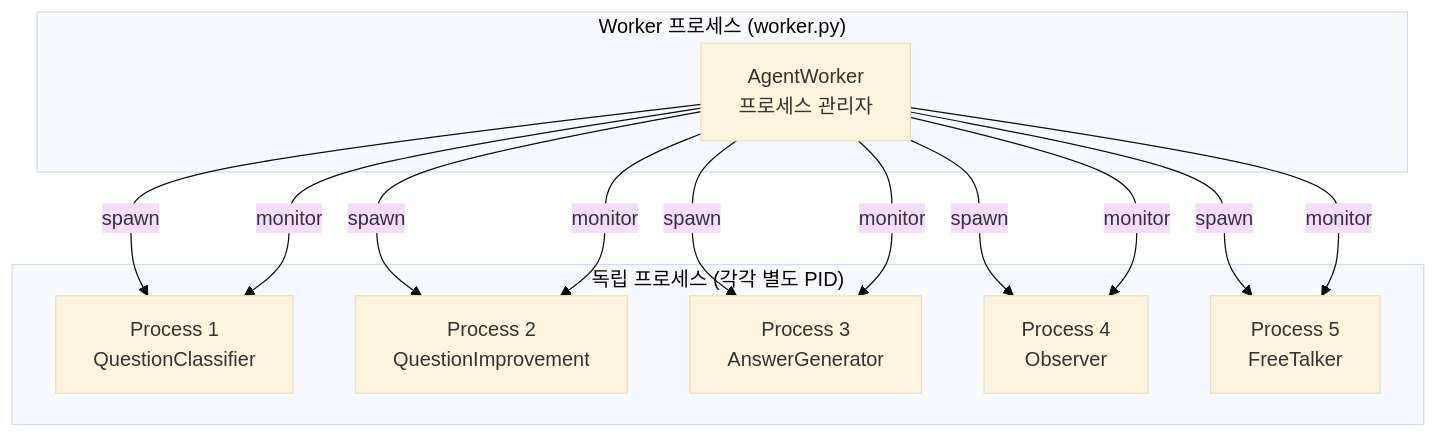
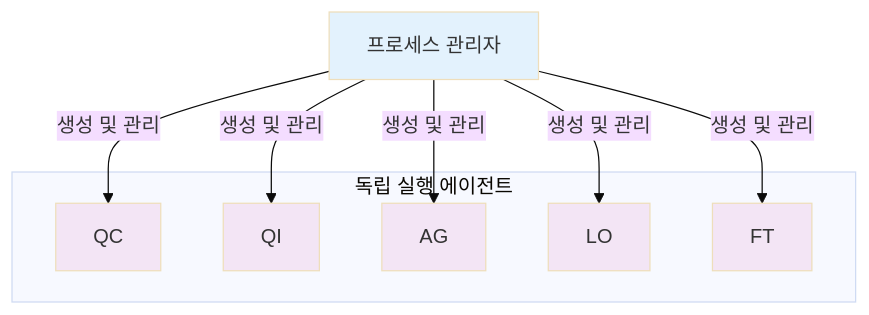
The seventh of 16 diagrams in docs/chapters/04-system-implementation.md (KimKyuBong/maice-paper-deploy), drawn with Mermaid (base theme) before and after one commit. The commit also changed other lines of this file and 79 other files, not shown here.

````diff
--- a/docs/chapters/04-system-implementation.md
+++ b/docs/chapters/04-system-implementation.md
@@ -347,26 +338,25 @@
 ```mermaid
-graph TB
-    subgraph "Worker 프로세스 (worker.py)"
-        W[AgentWorker<br/>프로세스 관리자]
+flowchart TB
+    W[프로세스 관리자]
+    
+    subgraph agents[독립 실행 에이전트]
+        P1[QC]
+        P2[QI]
+        P3[AG]
+        P4[LO]
+        P5[FT]
     end
     
-    subgraph "독립 프로세스 (각각 별도 PID)"
-        P1[Process 1<br/>QuestionClassifier]
-        P2[Process 2<br/>QuestionImprovement]
-        P3[Process 3<br/>AnswerGenerator]
-        P4[Process 4<br/>Observer]
-        P5[Process 5<br/>FreeTalker]
-    end
+    W -->|생성 및 관리| P1
+    W -->|생성 및 관리| P2
+    W -->|생성 및 관리| P3
+    W -->|생성 및 관리| P4
+    W -->|생성 및 관리| P5
     
-    W -->|spawn| P1
-    W -->|spawn| P2
-    W -->|spawn| P3
-    W -->|spawn| P4
-    W -->|spawn| P5
-    
-    W -->|monitor| P1
-    W -->|monitor| P2
-    W -->|monitor| P3
-    W -->|monitor| P4
-    W -->|monitor| P5
+    style W fill:#E3F2FD
+    style P1 fill:#F3E5F5
+    style P2 fill:#F3E5F5
+    style P3 fill:#F3E5F5
+    style P4 fill:#F3E5F5
+    style P5 fill:#F3E5F5
 ```
````
